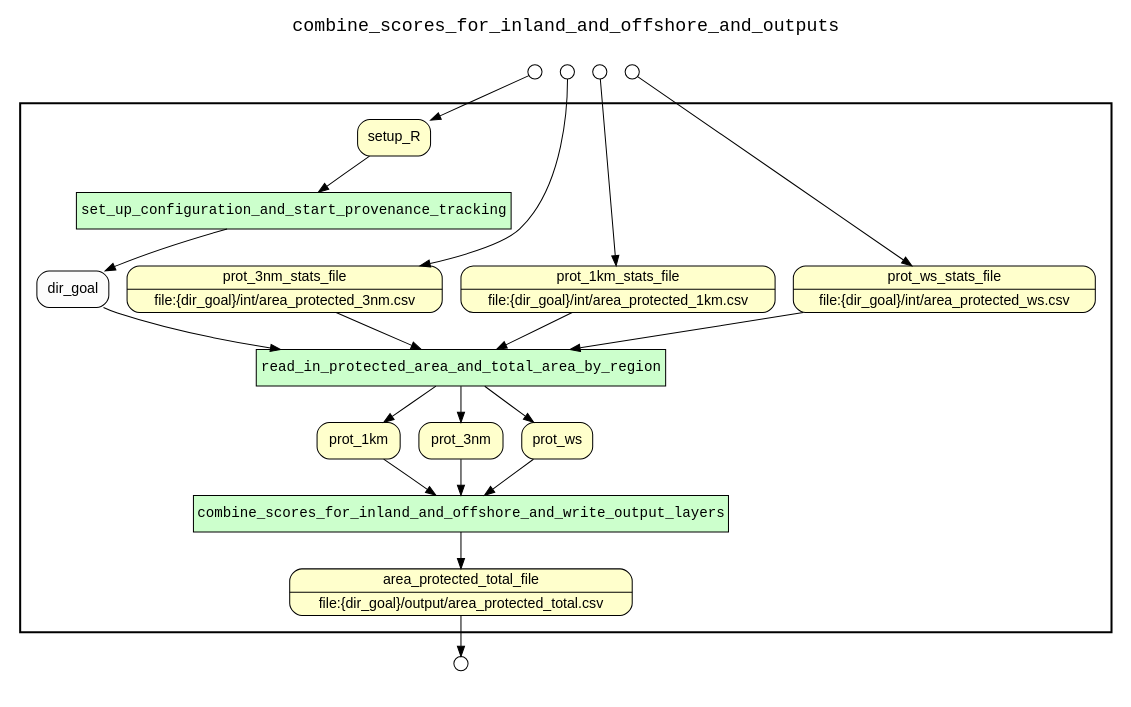
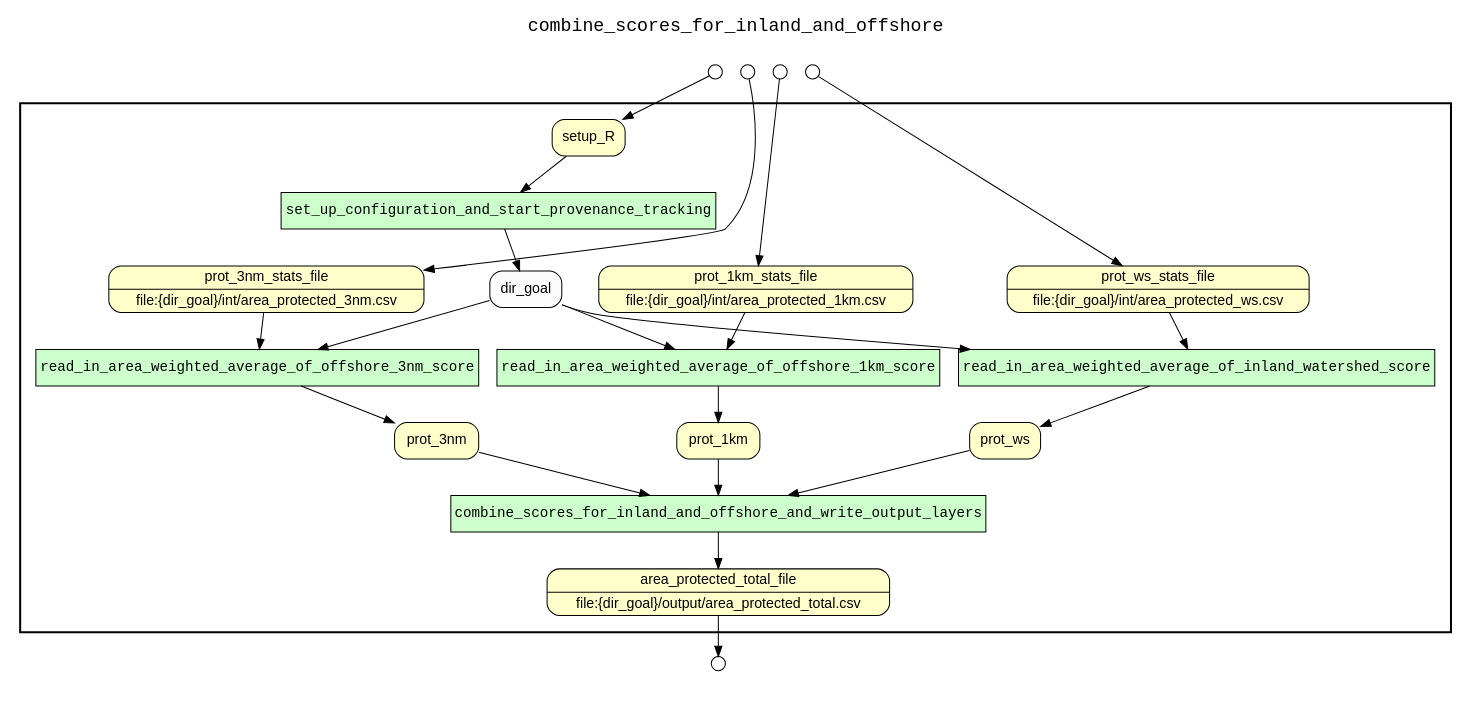
One commit to sycao5/runManager-multipleRuns changed the diagram in examples/OHIBC_Howe_Sound/hybrid provenance queries/examples/combine_inland_and_offshore/results/combine_inland_and_offshore_complete_wf_graph_uri.gv. Above: the diagram before and after it, drawn with Graphviz. The commit also changed 67 other files, not shown here.

Commit message:
Update hybrid provenance results for lsp_zonal_stats.R, estimate_status_and_trend_by_year.R, and combine_inland_and_offshore.R

```diff
--- a/examples/OHIBC_Howe_Sound/hybrid provenance queries/examples/combine_inland_and_offshore/results/combine_inland_and_offshore_complete_wf_graph_uri.gv
+++ b/examples/OHIBC_Howe_Sound/hybrid provenance queries/examples/combine_inland_and_offshore/results/combine_inland_and_offshore_complete_wf_graph_uri.gv
@@ -1,54 +1,58 @@
 digraph Workflow {
 rankdir=TB
 fontname=Courier; fontsize=18; labelloc=t
-label=combine_scores_for_inland_and_offshore_and_outputs
+label=combine_scores_for_inland_and_offshore
 subgraph cluster_workflow_box_outer { label=""; color=black; penwidth=2
 subgraph cluster_workflow_box_inner { label=""; color=white
 node[shape=box style=filled fillcolor="#CCFFCC" peripheries=1 fontname=Courier]
 set_up_configuration_and_start_provenance_tracking
-read_in_protected_area_and_total_area_by_region
+read_in_area_weighted_average_of_offshore_3nm_score
+read_in_area_weighted_average_of_offshore_1km_score
+read_in_area_weighted_average_of_inland_watershed_score
 combine_scores_for_inland_and_offshore_and_write_output_layers
 node[shape=box style="rounded,filled" fillcolor="#FFFFCC" peripheries=1 fontname=Helvetica]
 area_protected_total_file [shape=record rankdir=LR label="{<f0> area_protected_total_file |<f1> file\:\{dir_goal\}/output/area_protected_total.csv}"];
 setup_R
 prot_3nm_stats_file [shape=record rankdir=LR label="{<f0> prot_3nm_stats_file |<f1> file\:\{dir_goal\}/int/area_protected_3nm.csv}"];
 prot_1km_stats_file [shape=record rankdir=LR label="{<f0> prot_1km_stats_file |<f1> file\:\{dir_goal\}/int/area_protected_1km.csv}"];
 prot_ws_stats_file [shape=record rankdir=LR label="{<f0> prot_ws_stats_file |<f1> file\:\{dir_goal\}/int/area_protected_ws.csv}"];
 prot_1km
 prot_3nm
 prot_ws
 node[shape=box style="rounded,filled" fillcolor="#FCFCFC" peripheries=1 fontname=Helvetica]
 dir_goal
 set_up_configuration_and_start_provenance_tracking -> dir_goal
 setup_R -> set_up_configuration_and_start_provenance_tracking
-read_in_protected_area_and_total_area_by_region -> prot_3nm
-read_in_protected_area_and_total_area_by_region -> prot_1km
-read_in_protected_area_and_total_area_by_region -> prot_ws
-dir_goal -> read_in_protected_area_and_total_area_by_region
-prot_3nm_stats_file -> read_in_protected_area_and_total_area_by_region
-prot_1km_stats_file -> read_in_protected_area_and_total_area_by_region
-prot_ws_stats_file -> read_in_protected_area_and_total_area_by_region
+read_in_area_weighted_average_of_offshore_3nm_score -> prot_3nm
+dir_goal -> read_in_area_weighted_average_of_offshore_3nm_score
+prot_3nm_stats_file -> read_in_area_weighted_average_of_offshore_3nm_score
+read_in_area_weighted_average_of_offshore_1km_score -> prot_1km
+dir_goal -> read_in_area_weighted_average_of_offshore_1km_score
+prot_1km_stats_file -> read_in_area_weighted_average_of_offshore_1km_score
+read_in_area_weighted_average_of_inland_watershed_score -> prot_ws
+dir_goal -> read_in_area_weighted_average_of_inland_watershed_score
+prot_ws_stats_file -> read_in_area_weighted_average_of_inland_watershed_score
 combine_scores_for_inland_and_offshore_and_write_output_layers -> area_protected_total_file
 prot_1km -> combine_scores_for_inland_and_offshore_and_write_output_layers
 prot_3nm -> combine_scores_for_inland_and_offshore_and_write_output_layers
 prot_ws -> combine_scores_for_inland_and_offshore_and_write_output_layers
 }}
 subgraph cluster_input_ports_group_outer { label=""; color=white
 subgraph cluster_input_ports_group_inner { label=""; color=white
 node[shape=circle style="rounded,filled" fillcolor="#FFFFFF" peripheries=1 fontname=Helvetica width=0.2]
 setup_R_input_port [label=""]
 prot_3nm_stats_file_input_port [label=""]
 prot_1km_stats_file_input_port [label=""]
 prot_ws_stats_file_input_port [label=""]
 }}
 subgraph cluster_output_ports_group_outer { label=""; color=white
 subgraph cluster_output_ports_group_inner { label=""; color=white
 node[shape=circle style="rounded,filled" fillcolor="#FFFFFF" peripheries=1 fontname=Helvetica width=0.2]
 area_protected_total_file_output_port [label=""]
 }}
 setup_R_input_port -> setup_R
 prot_3nm_stats_file_input_port -> prot_3nm_stats_file
 prot_1km_stats_file_input_port -> prot_1km_stats_file
 prot_ws_stats_file_input_port -> prot_ws_stats_file
 area_protected_total_file -> area_protected_total_file_output_port
 }
```
